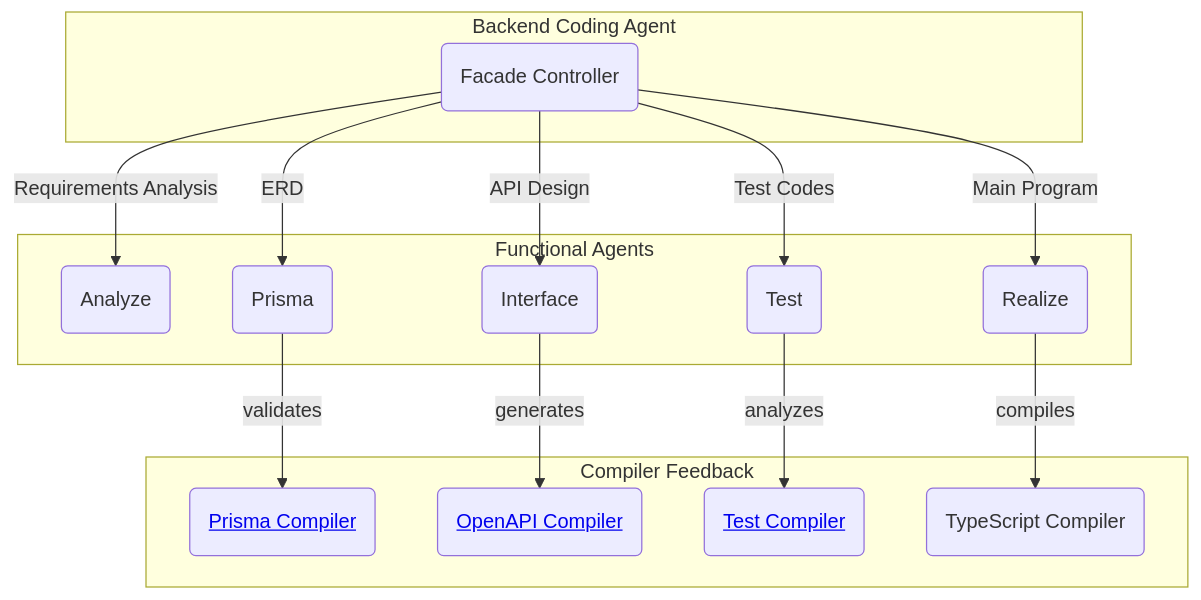
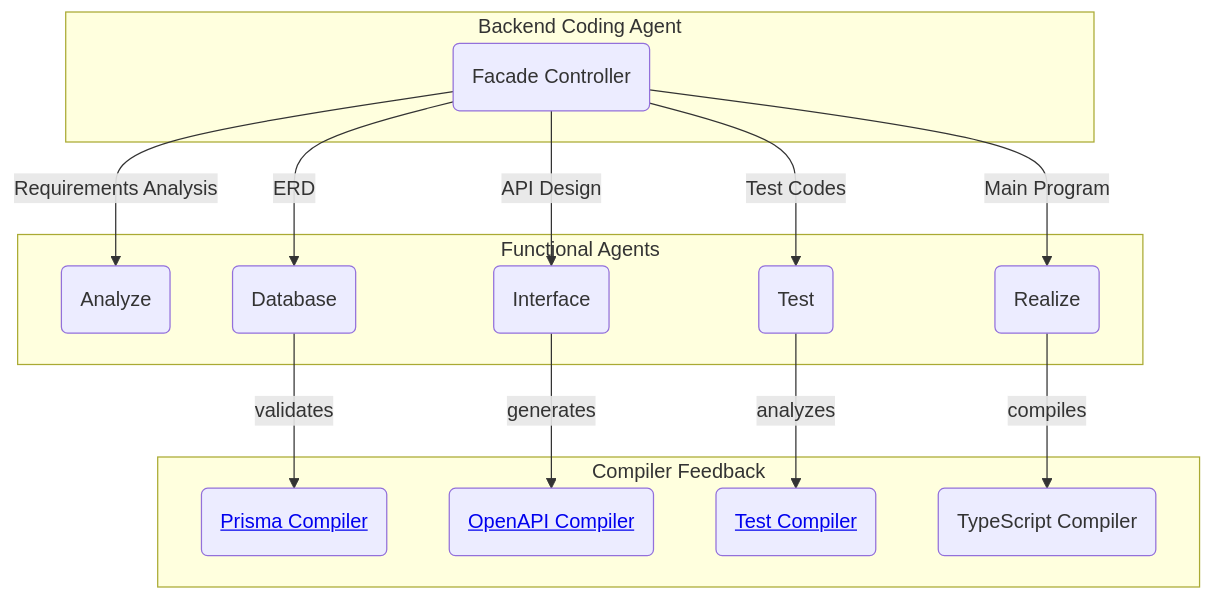
One commit to wrtnlabs/autobe changed the diagram in website/src/content/docs/index.mdx. Above: the diagram before and after it, drawn with Mermaid. The commit also changed 8 other files, not shown here.

````diff
--- a/website/src/content/docs/index.mdx
+++ b/website/src/content/docs/index.mdx
@@ -68,19 +68,19 @@
 ```mermaid
 flowchart
 subgraph "Backend Coding Agent"
   coder("Facade Controller")
 end
 subgraph "Functional Agents"
   coder --"Requirements Analysis"--> analyze("Analyze")
-  coder --"ERD"--> prisma("Prisma")
+  coder --"ERD"--> database("Database")
   coder --"API Design"--> interface("Interface")
   coder --"Test Codes" --> test("Test")
   coder --"Main Program" --> realize("Realize")
 end
 subgraph "Compiler Feedback"
-  prisma --"validates" --> prismaCompiler("<a href="https://github.com/wrtnlabs/autobe/blob/main/packages/interface/src/database/AutoBeDatabase.ts" target="_blank">Prisma Compiler</a>")
+  database --"validates" --> prismaCompiler("<a href="https://github.com/wrtnlabs/autobe/blob/main/packages/interface/src/database/AutoBeDatabase.ts" target="_blank">Prisma Compiler</a>")
   interface --"generates" --> openapiCompiler("<a href="https://github.com/wrtnlabs/autobe/blob/main/packages/interface/src/openapi/AutoBeOpenApi.ts" target="_blank">OpenAPI Compiler</a>")
   test --"analyzes" --> testCompiler("<a href="https://github.com/wrtnlabs/autobe/blob/main/packages/interface/src/test/AutoBeTest.ts" target="_blank">Test Compiler</a>")
   realize --"compiles" --> realizeCompiler("TypeScript Compiler")
 end
 ```
````
